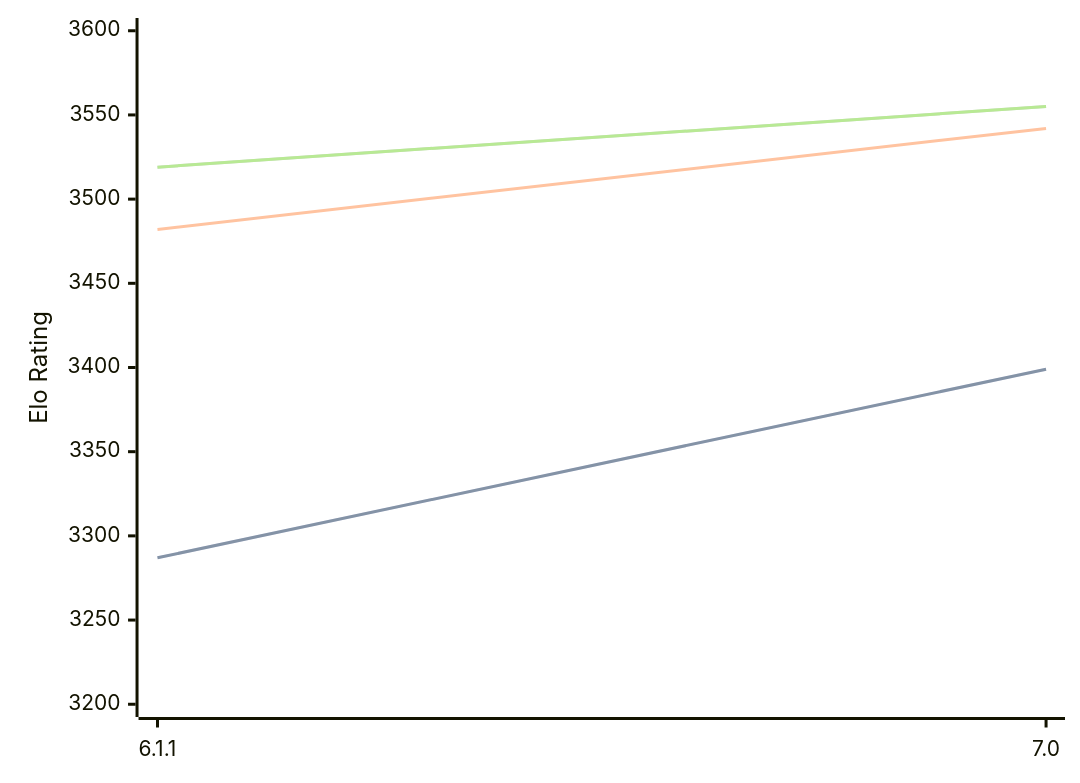
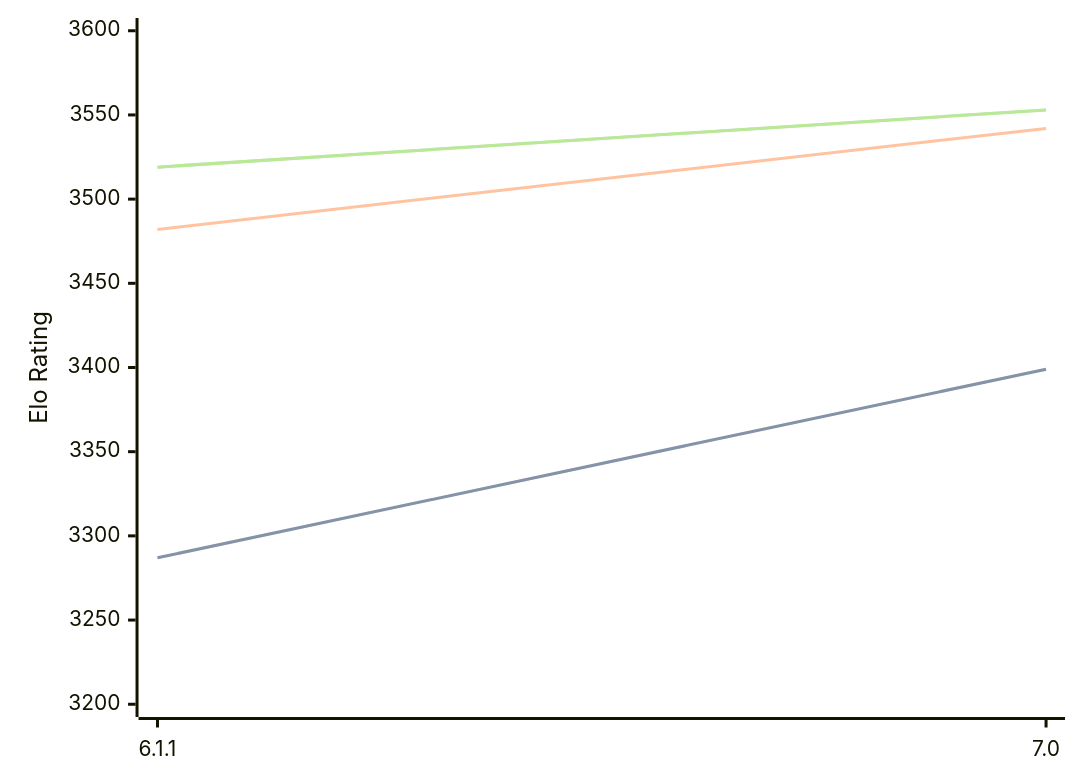
The diagram in engines/Astra.md (computer-chess-index/cci), drawn with Mermaid before and after one commit. The commit also changed other lines of this file, not shown here.

Commit message:
Update CCI Ratings (ELO VLTC) - 2026-09-17

````diff
--- a/engines/Astra.md
+++ b/engines/Astra.md
@@ -32,11 +32,11 @@
 ```mermaid
 %%{init: {"theme":"base","themeVariables":{"seriesColors:['#a3a3a3','#222221','#faa371']}}}%%
 xychart-beta
   x-axis ["6.1.1", "7.0"]
   y-axis "Elo Rating" 3200 --> 3600
   line "" [3287, 3399]
   line "STC (8.0+0.08s)" [3287, 3399]
   line "LTC (60.0+0.60s)" [3482, 3542]
-  line "" [3519, 3555]
-  line "VLTC (2m24s+1.12s)" [3519, 3555]
+  line "" [3519, 3553]
+  line "VLTC (2m24s+1.12s)" [3519, 3553]
 ```
````
